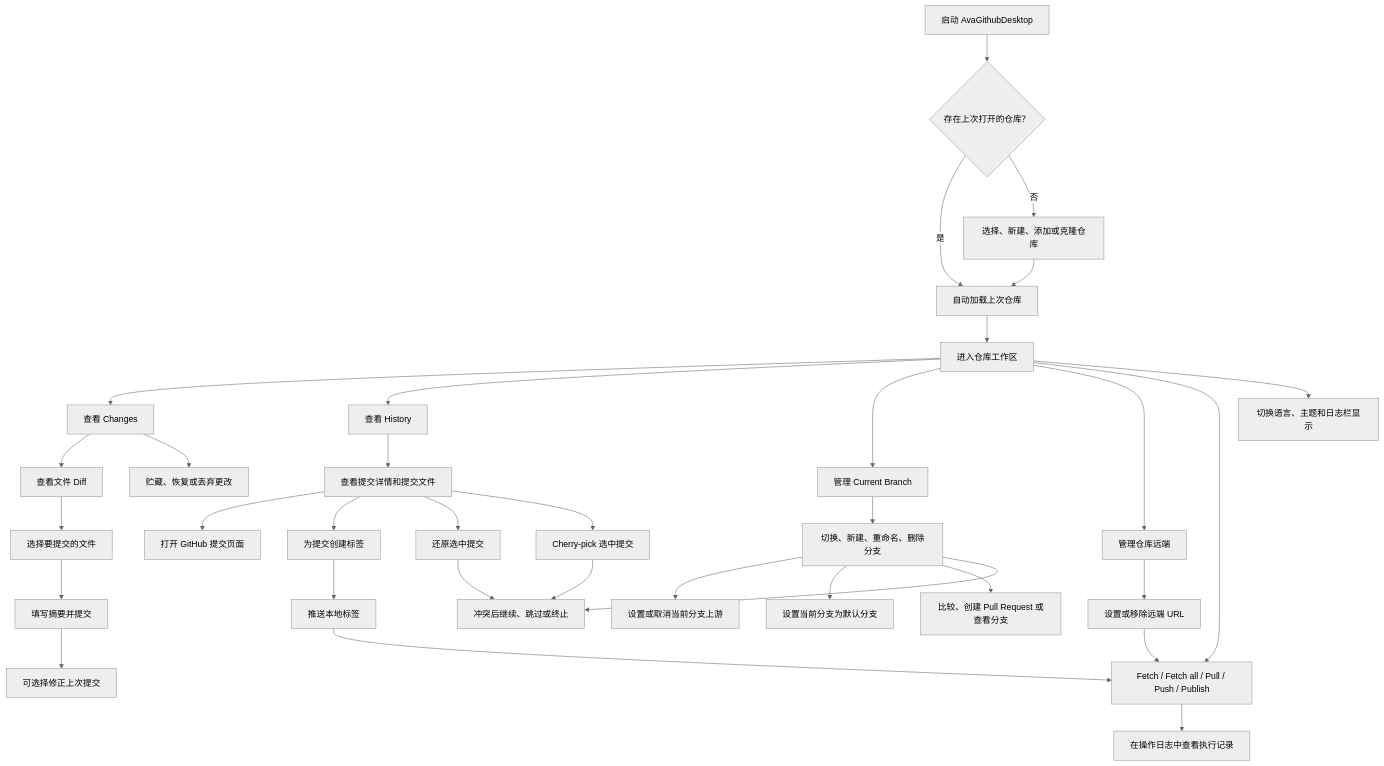
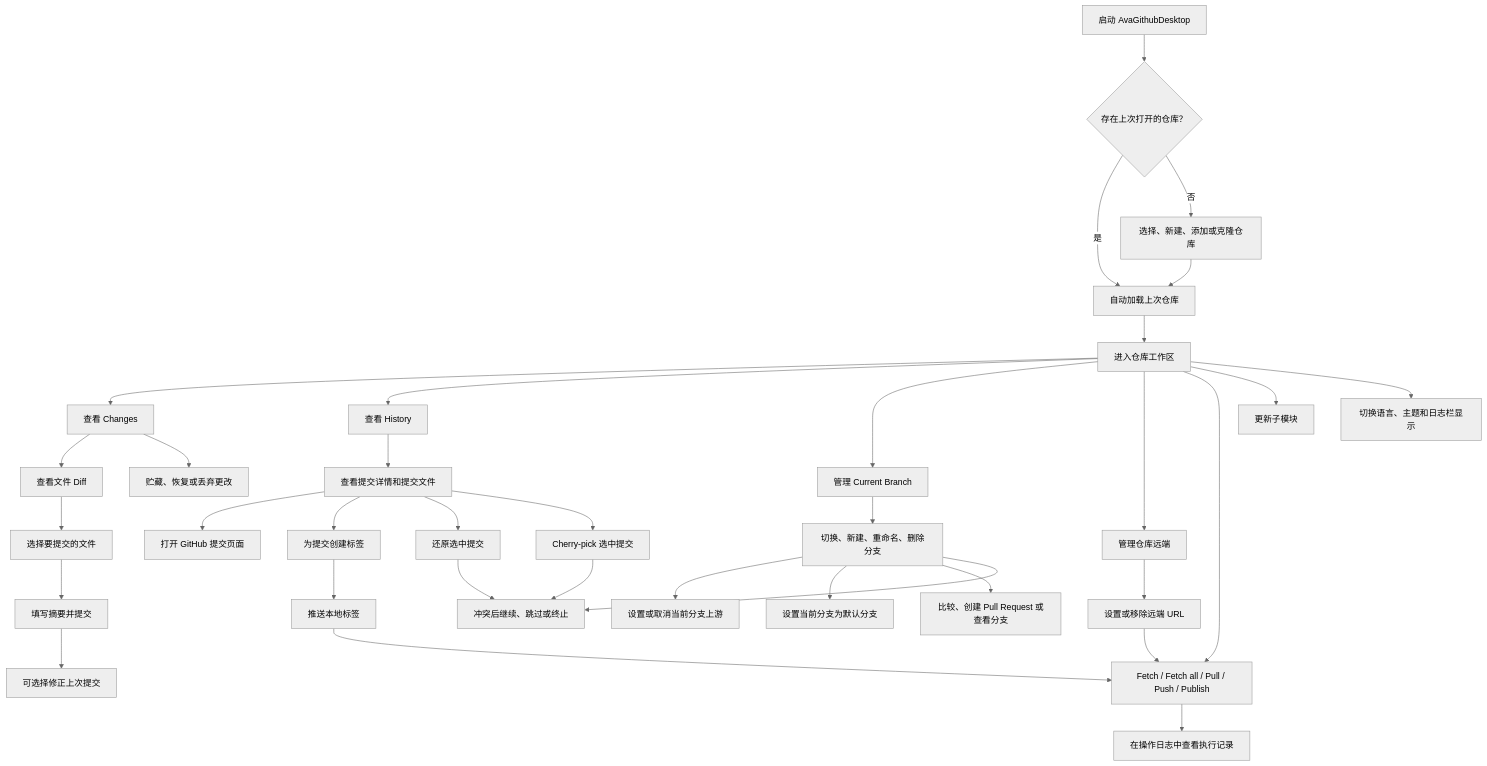
Before and after one commit to dotnet9/AvaGithubDesktop: the diagram in docs/AvaGithubDesktop需求文档.md, drawn with Mermaid (neutral theme). The commit also changed other lines of this file and 10 other files, not shown here.

````diff
--- a/docs/AvaGithubDesktop需求文档.md
+++ b/docs/AvaGithubDesktop需求文档.md
@@ -47,36 +48,37 @@
 ```mermaid
 flowchart TD
     Start["启动 AvaGithubDesktop"] --> Restore{"存在上次打开的仓库？"}
     Restore -->|是| LoadRepo["自动加载上次仓库"]
     Restore -->|否| PickRepo["选择、新建、添加或克隆仓库"]
     PickRepo --> LoadRepo
     LoadRepo --> Workspace["进入仓库工作区"]
     Workspace --> Changes["查看 Changes"]
     Workspace --> History["查看 History"]
     Workspace --> Branch["管理 Current Branch"]
     Workspace --> Remote["管理仓库远端"]
     Workspace --> Sync["Fetch / Fetch all / Pull / Push / Publish"]
     Changes --> ReviewDiff["查看文件 Diff"]
     ReviewDiff --> SelectFiles["选择要提交的文件"]
     SelectFiles --> Commit["填写摘要并提交"]
     Commit --> Amend["可选择修正上次提交"]
     Changes --> Stash["贮藏、恢复或丢弃更改"]
     History --> CommitDetail["查看提交详情和提交文件"]
     CommitDetail --> OpenCommit["打开 GitHub 提交页面"]
     CommitDetail --> CreateTag["为提交创建标签"]
     CommitDetail --> RevertCommit["还原选中提交"]
     CommitDetail --> CherryPick["Cherry-pick 选中提交"]
     RevertCommit --> ConflictOps
     CherryPick --> ConflictOps
     Branch --> BranchOps["切换、新建、重命名、删除分支"]
     BranchOps --> UpstreamOps["设置或取消当前分支上游"]
     BranchOps --> DefaultBranch["设置当前分支为默认分支"]
     BranchOps --> BranchGitHub["比较、创建 Pull Request 或查看分支"]
     BranchOps --> ConflictOps["冲突后继续、跳过或终止"]
     Remote --> RemoteOps["设置或移除远端 URL"]
     RemoteOps --> Sync
     CreateTag --> PushTags["推送本地标签"]
     PushTags --> Sync
     Sync --> OperationLog["在操作日志中查看执行记录"]
+    Workspace --> Submodules["更新子模块"]
     Workspace --> Settings["切换语言、主题和日志栏显示"]
 ```
````
